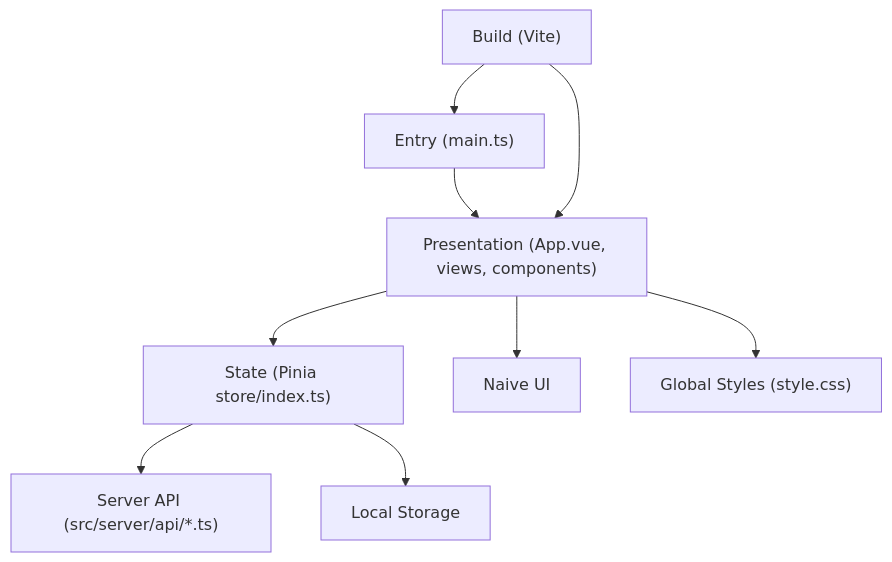
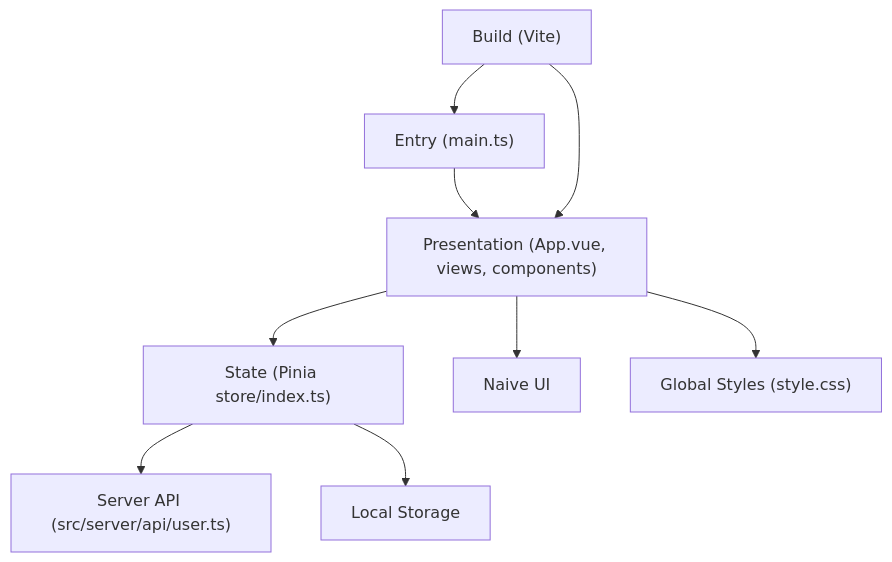
The second of 9 diagrams in .qoder/repowiki/en/content/Frontend Application/Frontend Application.md (xinyo/startora), drawn with Mermaid before and after one commit. The commit also changed other lines of this file and 19 other files, not shown here.

````diff
--- a/.qoder/repowiki/en/content/Frontend Application/Frontend Application.md
+++ b/.qoder/repowiki/en/content/Frontend Application/Frontend Application.md
@@ -154,11 +174,11 @@
 ```mermaid
 graph TB
 E["Entry (main.ts)"] --> P["Presentation (App.vue, views, components)"]
 P --> ST["State (Pinia store/index.ts)"]
-ST --> API["Server API (src/server/api/*.ts)"]
+ST --> API["Server API (src/server/api/user.ts)"]
 ST --> LS["Local Storage"]
 P --> UI["Naive UI"]
 P --> CSS["Global Styles (style.css)"]
 B["Build (Vite)"] --> E
 B --> P
 ```
````
